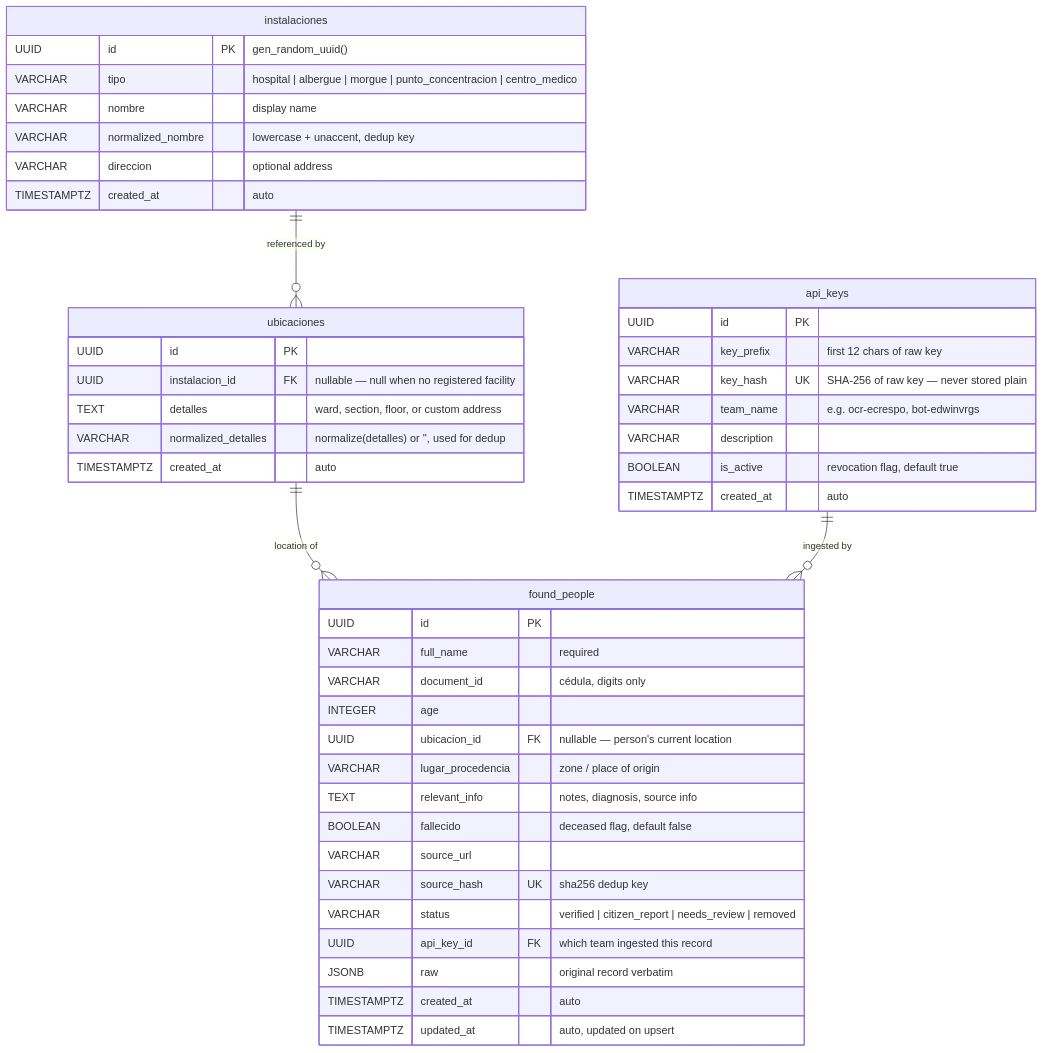
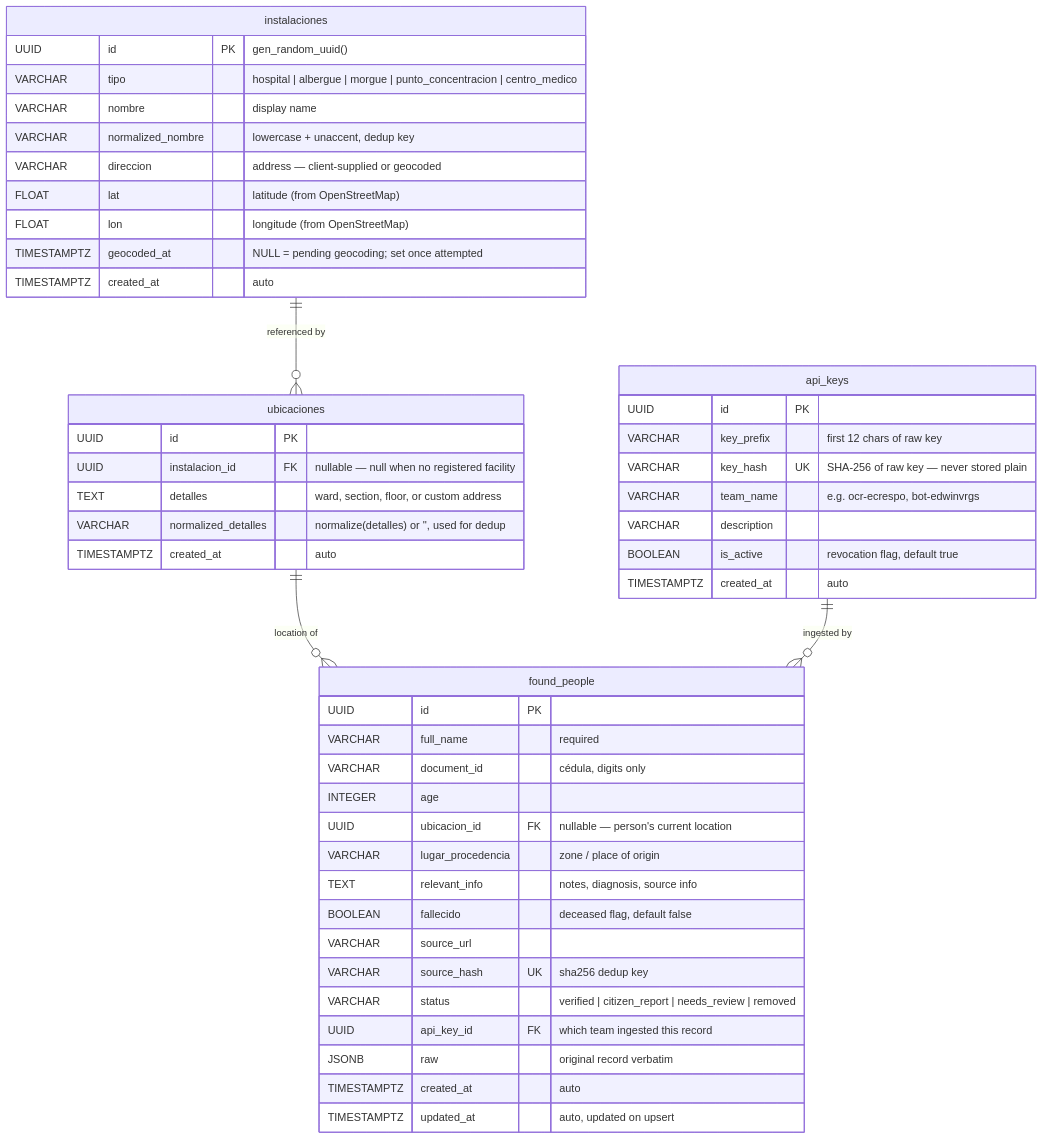
Before and after one commit to venezuela-war-room/api: the diagram in docs/er-diagram.md, drawn with Mermaid. The commit also changed other lines of this file and 21 other files, not shown here.

````diff
--- a/docs/er-diagram.md
+++ b/docs/er-diagram.md
@@ -3,52 +3,55 @@
 ```mermaid
 erDiagram
 
     instalaciones {
         UUID        id                  PK  "gen_random_uuid()"
         VARCHAR     tipo                    "hospital | albergue | morgue | punto_concentracion | centro_medico"
         VARCHAR     nombre                  "display name"
         VARCHAR     normalized_nombre       "lowercase + unaccent, dedup key"
-        VARCHAR     direccion               "optional address"
+        VARCHAR     direccion               "address — client-supplied or geocoded"
+        FLOAT       lat                     "latitude (from OpenStreetMap)"
+        FLOAT       lon                     "longitude (from OpenStreetMap)"
+        TIMESTAMPTZ geocoded_at             "NULL = pending geocoding; set once attempted"
         TIMESTAMPTZ created_at              "auto"
     }
 
     ubicaciones {
         UUID        id                  PK
         UUID        instalacion_id      FK  "nullable — null when no registered facility"
         TEXT        detalles                "ward, section, floor, or custom address"
         VARCHAR     normalized_detalles     "normalize(detalles) or '', used for dedup"
         TIMESTAMPTZ created_at              "auto"
     }
 
     api_keys {
         UUID        id                  PK
         VARCHAR     key_prefix              "first 12 chars of raw key"
         VARCHAR     key_hash            UK  "SHA-256 of raw key — never stored plain"
         VARCHAR     team_name               "e.g. ocr-ecrespo, bot-edwinvrgs"
         VARCHAR     description
         BOOLEAN     is_active               "revocation flag, default true"
         TIMESTAMPTZ created_at              "auto"
     }
 
     found_people {
         UUID        id                  PK
         VARCHAR     full_name               "required"
         VARCHAR     document_id             "cédula, digits only"
         INTEGER     age
         UUID        ubicacion_id        FK  "nullable — person's current location"
         VARCHAR     lugar_procedencia       "zone / place of origin"
         TEXT        relevant_info           "notes, diagnosis, source info"
         BOOLEAN     fallecido               "deceased flag, default false"
         VARCHAR     source_url
         VARCHAR     source_hash         UK  "sha256 dedup key"
         VARCHAR     status                  "verified | citizen_report | needs_review | removed"
         UUID        api_key_id          FK  "which team ingested this record"
         JSONB       raw                     "original record verbatim"
         TIMESTAMPTZ created_at              "auto"
         TIMESTAMPTZ updated_at              "auto, updated on upsert"
     }
 
     instalaciones ||--o{ ubicaciones  : "referenced by"
     ubicaciones   ||--o{ found_people : "location of"
     api_keys      ||--o{ found_people : "ingested by"
 ```
````
